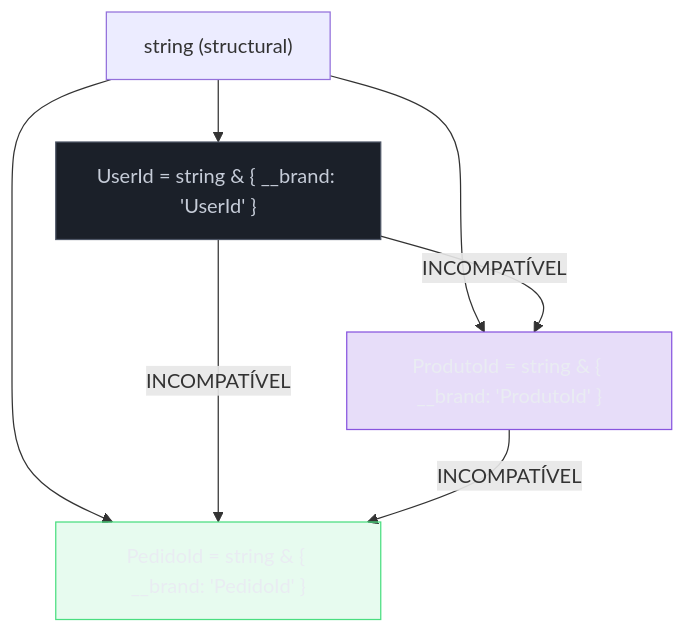
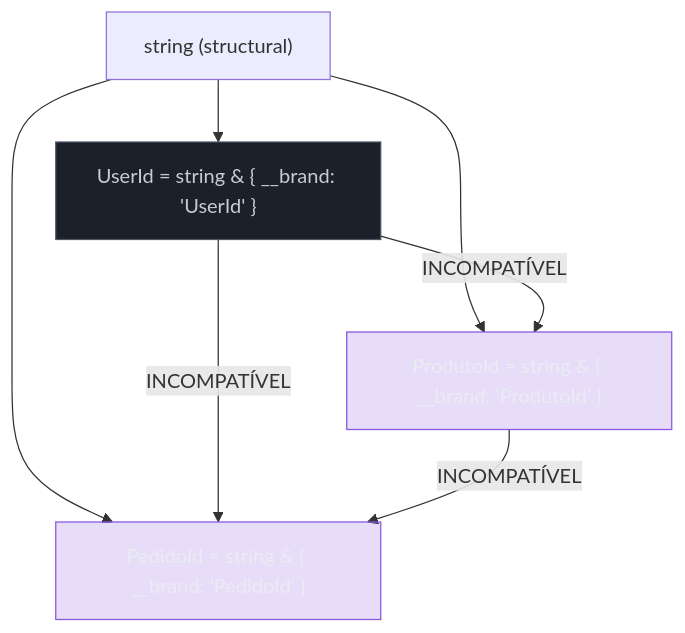
Before and after one commit to josenaldo/codex-technomanticus: the second of 5 diagrams in 03-Dominios/Tecnologia/TypeScript/24 - Type-driven design - branded types, Result e estados impossíveis.md, drawn with Mermaid. The commit also changed other lines of this file and 601 other files, not shown here.

````diff
--- a/03-Dominios/Tecnologia/TypeScript/24 - Type-driven design - branded types, Result e estados impossíveis.md
+++ b/03-Dominios/Tecnologia/TypeScript/24 - Type-driven design - branded types, Result e estados impossíveis.md
@@ -158,22 +158,21 @@
 ```mermaid
 graph TD
     classDef neutro fill:#1B2029,stroke:#4E5666,color:#C6CCD8
     classDef marca fill:#8855DF33,stroke:#8855DF,color:#E9ECF2
-    classDef ok fill:#4ADE8021,stroke:#4ADE80,color:#E9ECF2
     S["string (structural)"]
     UID["UserId = string & { __brand: 'UserId' }"]
     PID["ProdutoId = string & { __brand: 'ProdutoId' }"]
     OID["PedidoId = string & { __brand: 'PedidoId' }"]
 
     S --> UID
     S --> PID
     S --> OID
 
     UID -->|"INCOMPATÍVEL"| PID
     UID -->|"INCOMPATÍVEL"| OID
     PID -->|"INCOMPATÍVEL"| OID
 
     class UID neutro
     class PID marca
-    class OID ok
+    class OID marca
 ```
````
